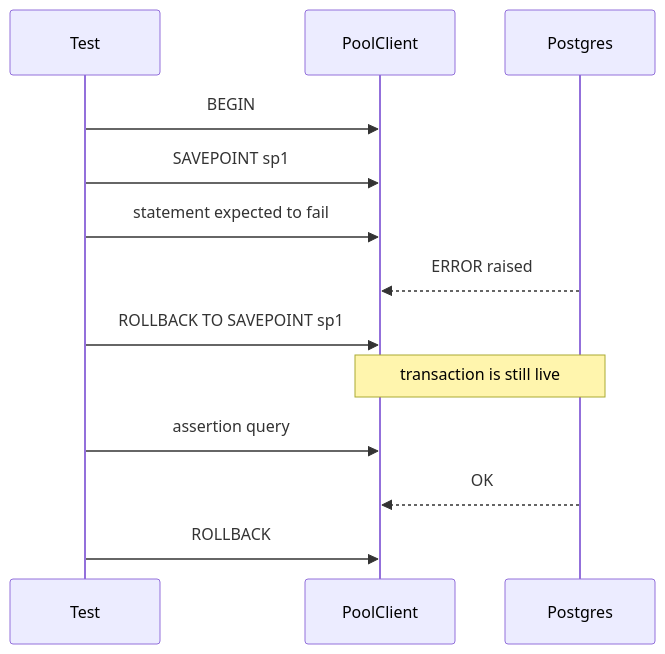
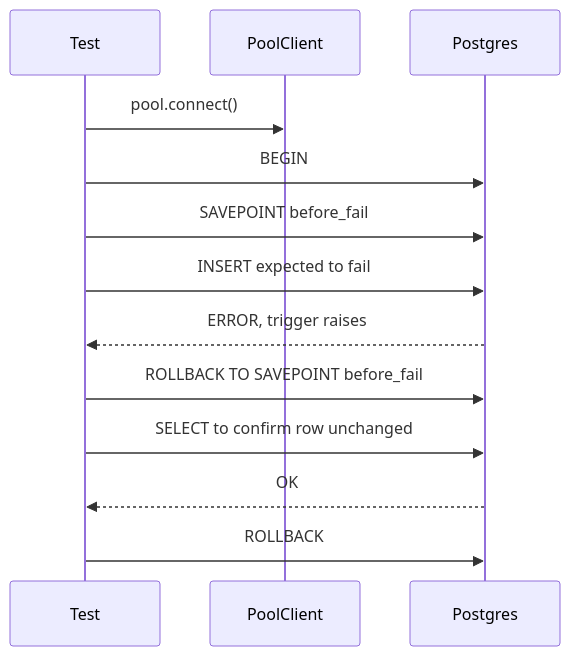
One commit to stemolly/wiki changed the first of 3 diagrams in src/content/docs/engineering/testing.md. Above: the diagram before and after it, drawn with Mermaid. The commit also changed other lines of this file and 35 other files, not shown here.

````diff
--- a/src/content/docs/engineering/testing.md
+++ b/src/content/docs/engineering/testing.md
@@ -51,16 +32,15 @@
 ```mermaid
 sequenceDiagram
     participant Test
-    participant C as PoolClient
+    participant Client as PoolClient
     participant PG as Postgres
-
-    Test->>C: BEGIN
-    Test->>C: SAVEPOINT sp1
-    Test->>C: statement expected to fail
-    PG-->>C: ERROR raised
-    Test->>C: ROLLBACK TO SAVEPOINT sp1
-    Note over C,PG: transaction is still live
-    Test->>C: assertion query
-    PG-->>C: OK
-    Test->>C: ROLLBACK
+    Test->>Client: pool.connect()
+    Test->>PG: BEGIN
+    Test->>PG: SAVEPOINT before_fail
+    Test->>PG: INSERT expected to fail
+    PG-->>Test: ERROR, trigger raises
+    Test->>PG: ROLLBACK TO SAVEPOINT before_fail
+    Test->>PG: SELECT to confirm row unchanged
+    PG-->>Test: OK
+    Test->>PG: ROLLBACK
 ```
````
